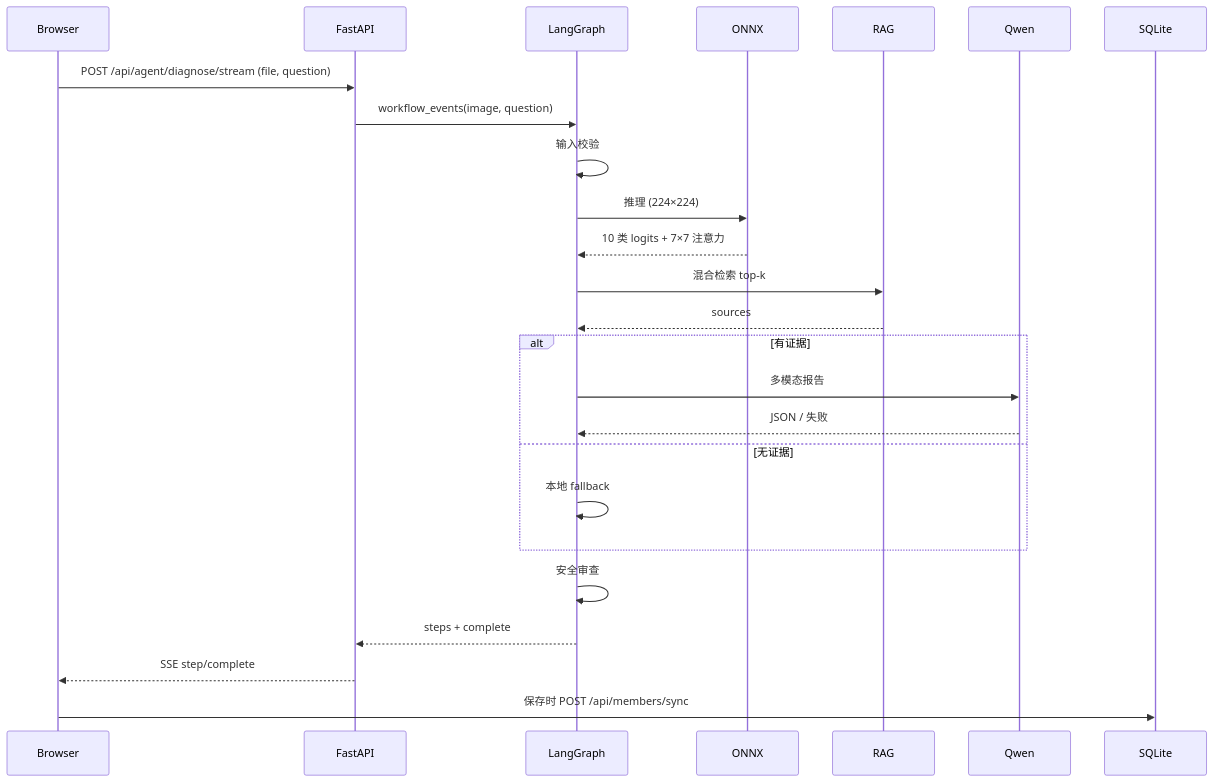
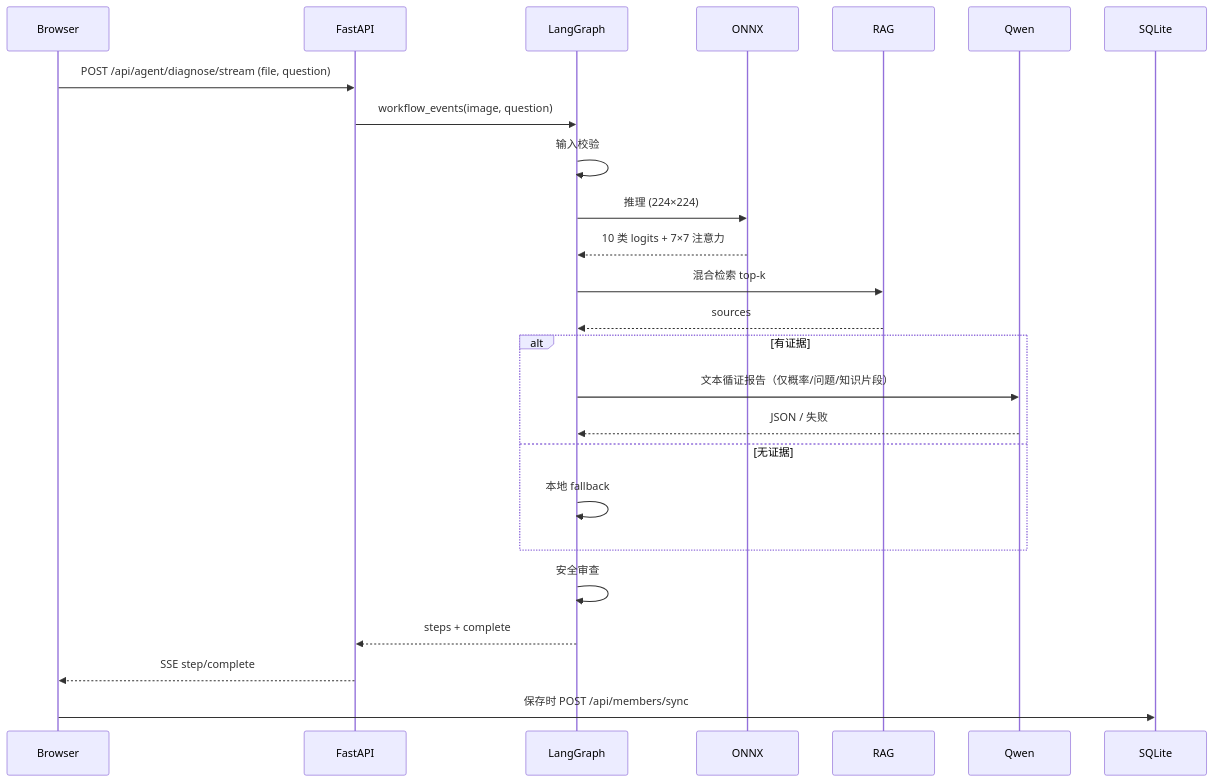
Before and after one commit to jtyjtyjtynbnb-dev/ChestX-AI: the second of 2 diagrams in 交付架构.md, drawn with Mermaid. The commit also changed other lines of this file and 33 other files, not shown here.

````diff
--- a/交付架构.md
+++ b/交付架构.md
@@ -210,28 +210,28 @@
 ```mermaid
 sequenceDiagram
   participant B as Browser
   participant F as FastAPI
   participant G as LangGraph
   participant O as ONNX
   participant R as RAG
   participant Q as Qwen
   participant D as SQLite
 
   B->>F: POST /api/agent/diagnose/stream (file, question)
   F->>G: workflow_events(image, question)
   G->>G: 输入校验
   G->>O: 推理 (224×224)
   O-->>G: 10 类 logits + 7×7 注意力
   G->>R: 混合检索 top-k
   R-->>G: sources
   alt 有证据
-    G->>Q: 多模态报告
+    G->>Q: 文本循证报告（仅概率/问题/知识片段）
     Q-->>G: JSON / 失败
   else 无证据
     G->>G: 本地 fallback
   end
   G->>G: 安全审查
   G-->>F: steps + complete
   F-->>B: SSE step/complete
   B->>D: 保存时 POST /api/members/sync
 ```
````
